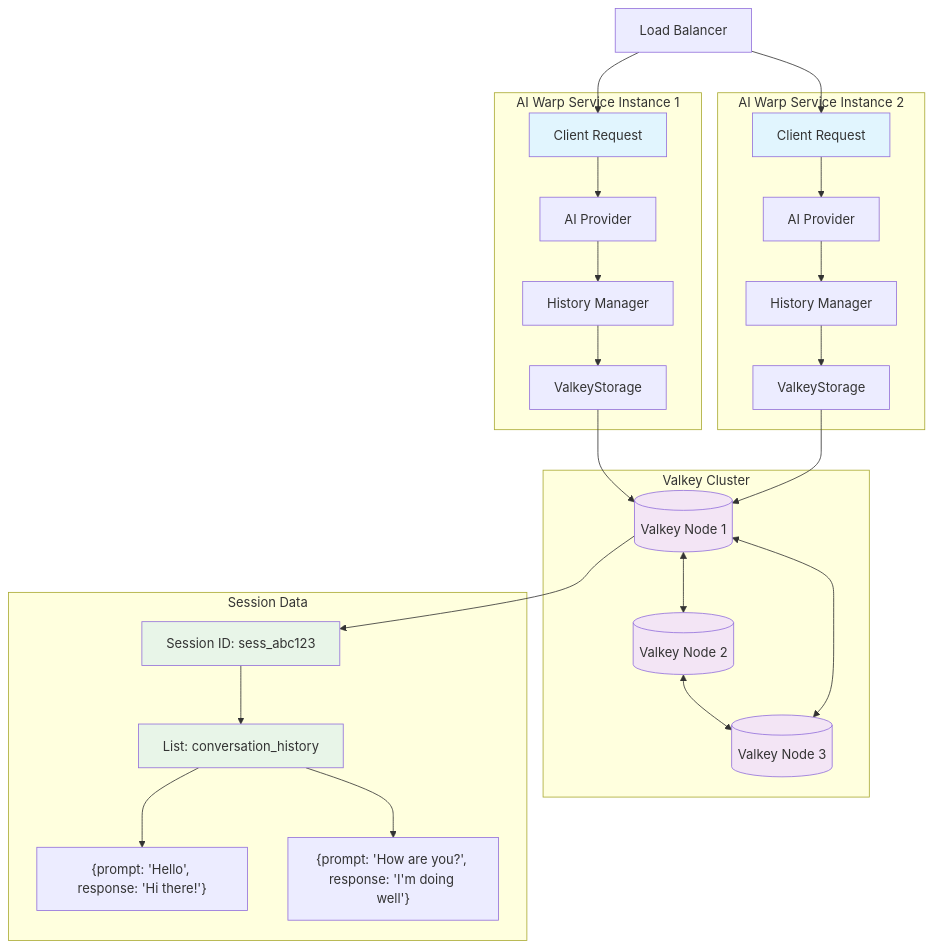
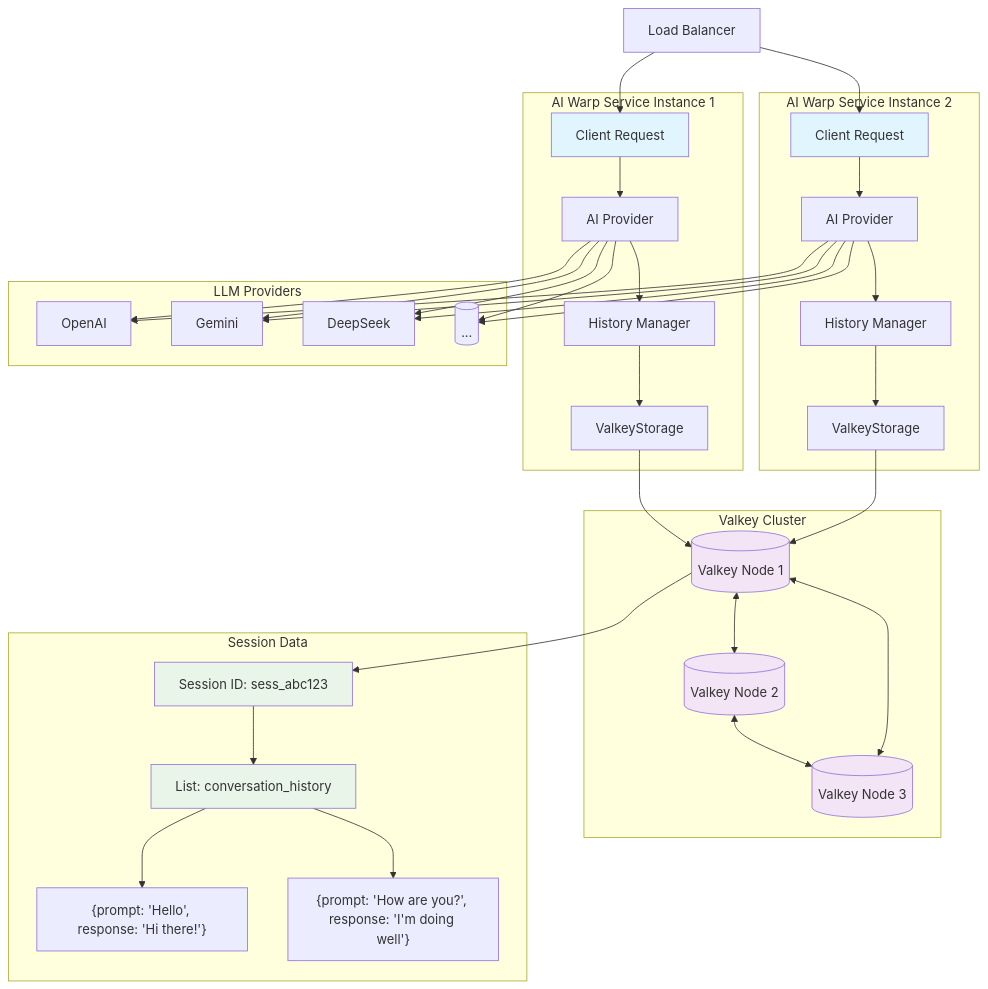
Before and after one commit to platformatic/ai-warp: the diagram in BLOG.md, drawn with Mermaid.

Commit message:
Add LLM providers to architecture diagram
Include OpenAI, Gemini, DeepSeek, and placeholder for additional providers with connections to AI Provider instances.

🤖 Generated with [Claude Code](https://claude.ai/code)

````diff
--- a/BLOG.md
+++ b/BLOG.md
@@ -91,49 +91,65 @@
 ```mermaid
 graph TB
     LB[Load Balancer] --> A1
     LB --> A2
     
     subgraph "AI Warp Service Instance 1"
         A1[Client Request] --> B1[AI Provider]
         B1 --> C1[History Manager]
         C1 --> D1[ValkeyStorage]
     end
     
     subgraph "AI Warp Service Instance 2"
         A2[Client Request] --> B2[AI Provider]
         B2 --> C2[History Manager]
         C2 --> D2[ValkeyStorage]
     end
+    
+    subgraph "LLM Providers"
+        OpenAI[OpenAI]
+        Gemini[Gemini]
+        DeepSeek[DeepSeek]
+        Others[(...)]
+    end
+    
+    B1 --> OpenAI
+    B1 --> Gemini
+    B1 --> DeepSeek
+    B1 --> Others
+    B2 --> OpenAI
+    B2 --> Gemini
+    B2 --> DeepSeek
+    B2 --> Others
     
     subgraph "Valkey Cluster"
         V1[(Valkey Node 1)]
         V2[(Valkey Node 2)]
         V3[(Valkey Node 3)]
     end
     
     D1 --> V1
     D2 --> V1
     V1 <--> V2
     V2 <--> V3
     V3 <--> V1
     
     subgraph "Session Data"
         S1[Session ID: sess_abc123]
         S2[List: conversation_history]
         S3["{prompt: 'Hello', response: 'Hi there!'}"]
         S4["{prompt: 'How are you?', response: 'I'm doing well'}"]
     end
     
     V1 --> S1
     S1 --> S2
     S2 --> S3
     S2 --> S4
     
     style A1 fill:#e1f5fe
     style A2 fill:#e1f5fe
     style V1 fill:#f3e5f5
     style V2 fill:#f3e5f5
     style V3 fill:#f3e5f5
     style S1 fill:#e8f5e8
     style S2 fill:#e8f5e8
 ```
````
